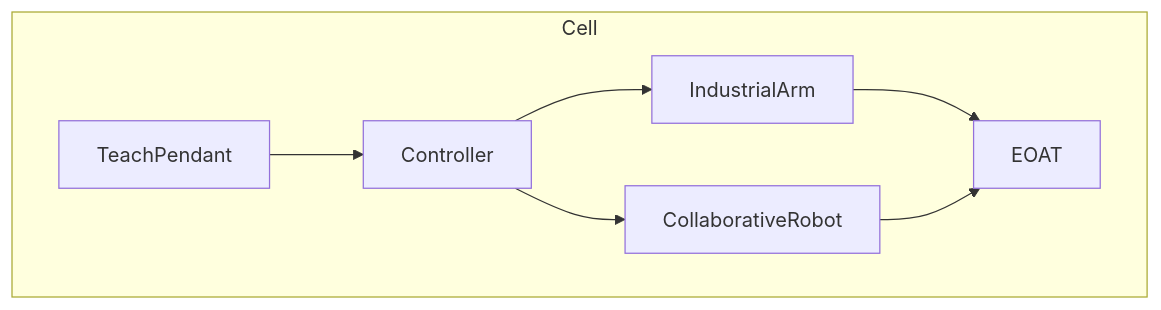
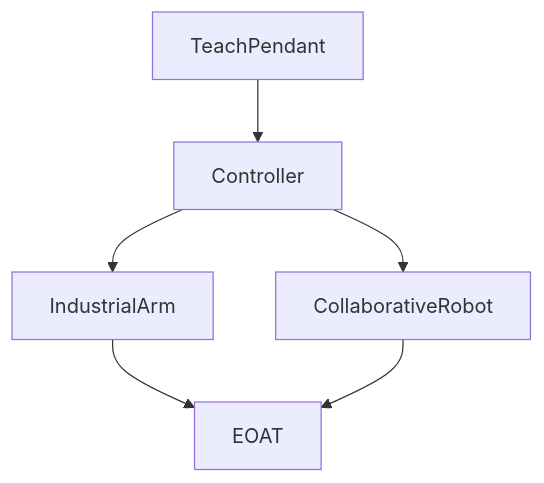
The diagram in docs/fanuc/README.md (girijashankarj/garry-tj-robo-journey), drawn with Mermaid before and after one commit. The commit also changed other lines of this file and 70 other files, not shown here.

````diff
--- a/docs/fanuc/README.md
+++ b/docs/fanuc/README.md
@@ -5,15 +5,13 @@
 ```mermaid
 flowchart TB
-  subgraph cell [Cell]
-    pendant[TeachPendant]
-    ctrl[Controller]
-    arm[IndustrialArm]
-    cobot[CollaborativeRobot]
-    eot[EOAT]
-  end
+  pendant[TeachPendant]
+  ctrl[Controller]
+  arm[IndustrialArm]
+  cobot[CollaborativeRobot]
+  eot[EOAT]
   pendant --> ctrl
   ctrl --> arm
   ctrl --> cobot
   arm --> eot
   cobot --> eot
 ```
````
